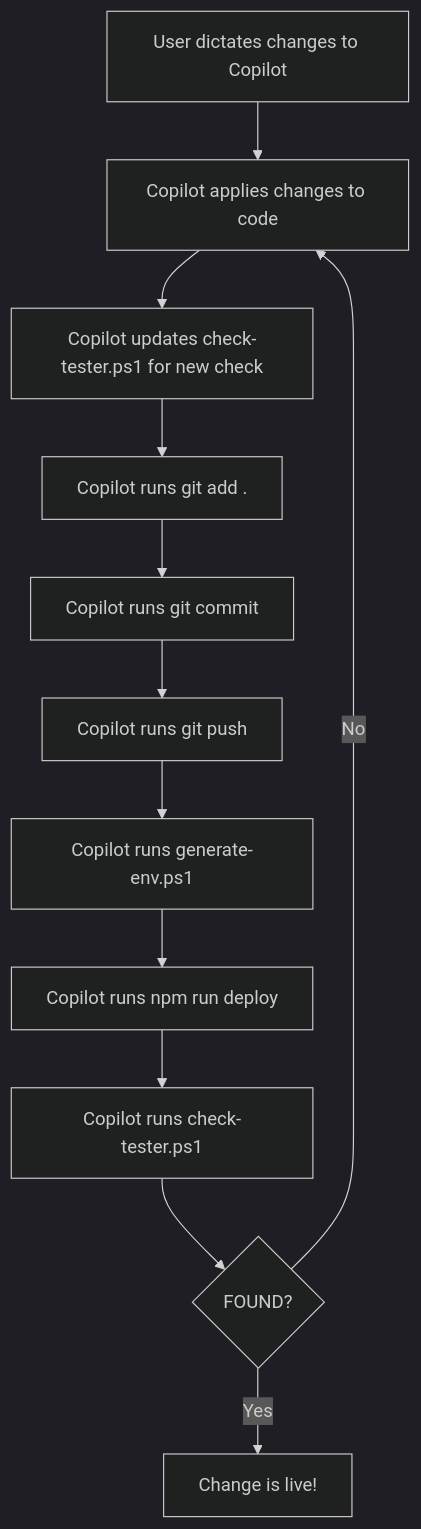
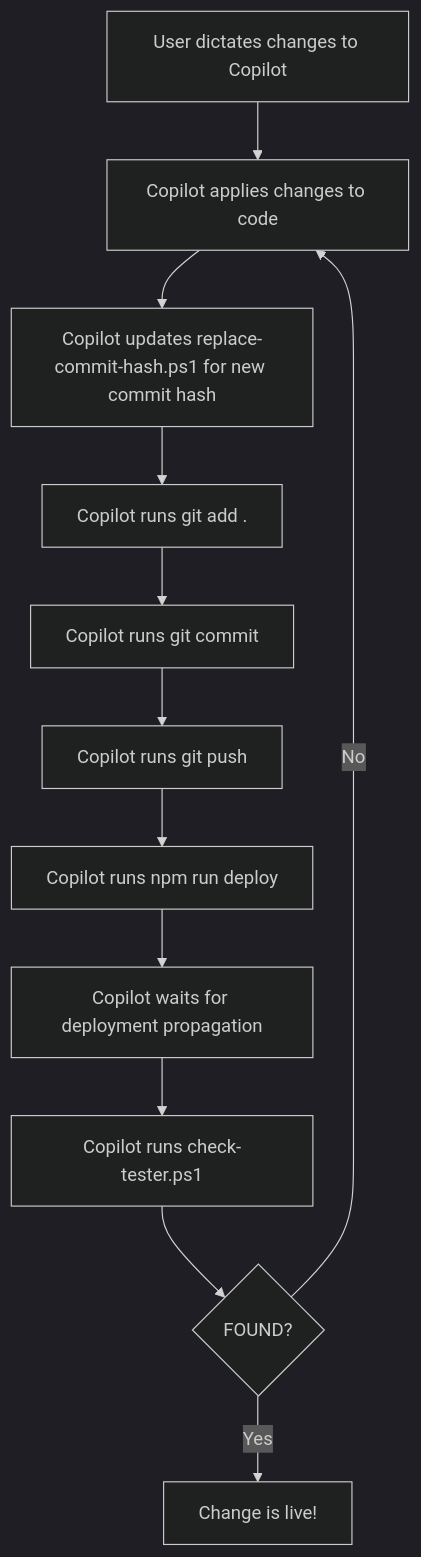
Before and after one commit to shapez0r/agentai_repo: the second of 2 diagrams in README.md, drawn with Mermaid (dark theme). The commit also changed other lines of this file and 3 other files, not shown here.

Commit message:
Prepare workspace for commit hash update

````diff
--- a/README.md
+++ b/README.md
@@ -74,26 +74,26 @@
 ```mermaid
 flowchart TD
     A[User dictates changes to Copilot]
     B[Copilot applies changes to code]
-    C[Copilot updates check-tester.ps1 for new check]
+    C[Copilot updates replace-commit-hash.ps1 for new commit hash]
     D[Copilot runs git add .]
     E[Copilot runs git commit]
     F[Copilot runs git push]
-    G[Copilot runs generate-env.ps1]
-    H[Copilot runs npm run deploy]
+    G[Copilot runs npm run deploy]
+    H[Copilot waits for deployment propagation]
     I[Copilot runs check-tester.ps1]
     J{FOUND?}
     K[Change is live!]
 
     A --> B
     B --> C
     C --> D
     D --> E
     E --> F
     F --> G
     G --> H
     H --> I
     I --> J
     J -- Yes --> K
     J -- No --> B
 ```
````
